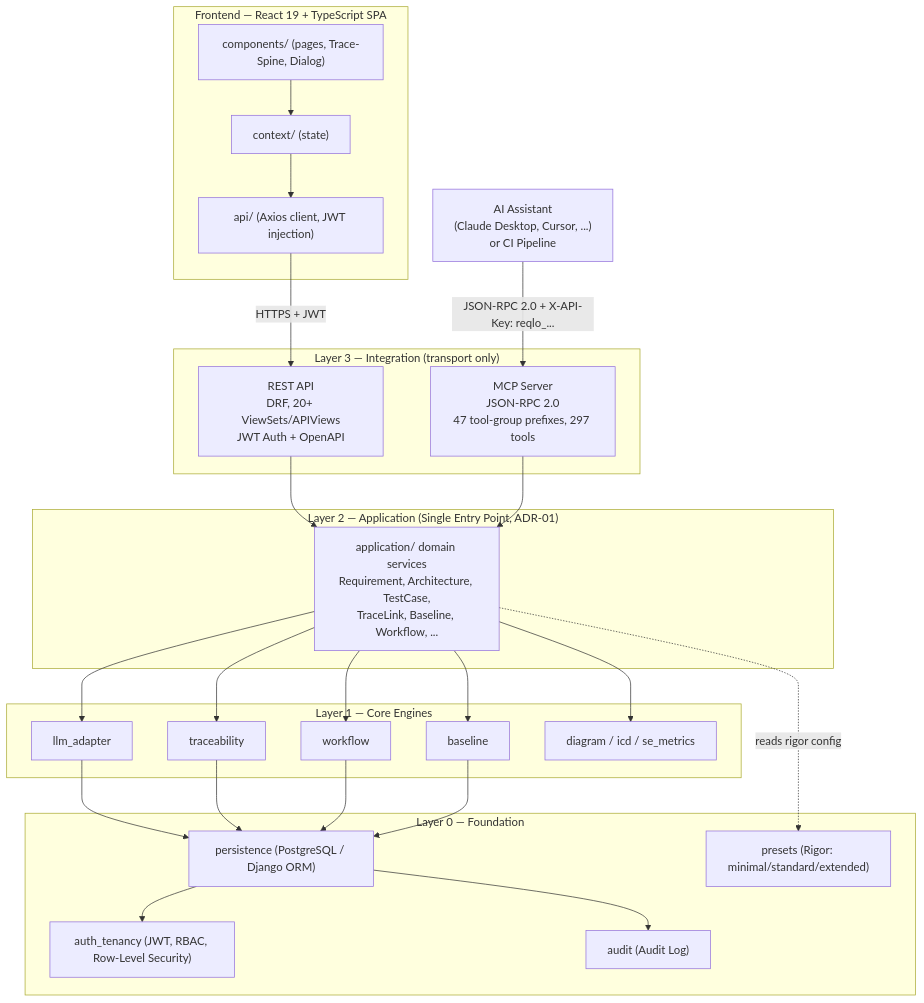
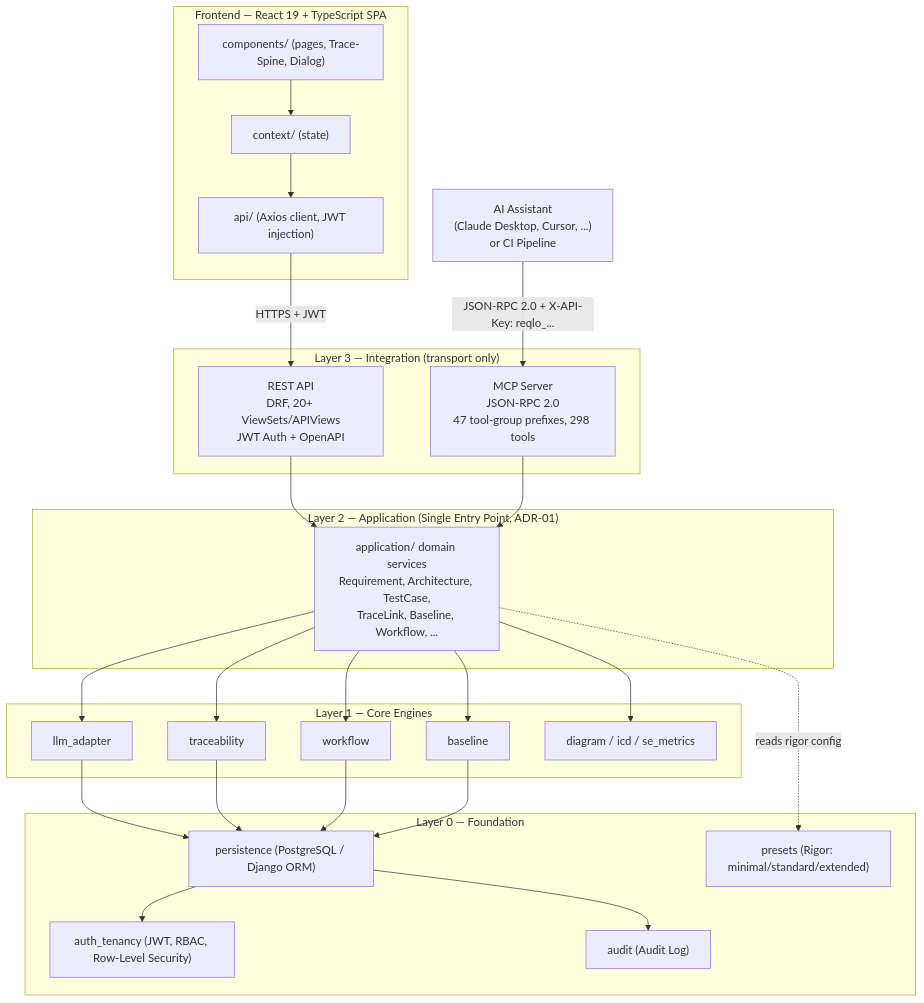
One commit to Popoboxxo/ReqogniLoom changed the first of 3 diagrams in README.md. Above: the diagram before and after it, drawn with Mermaid. The commit also changed other lines of this file and 22 other files, not shown here.

````diff
--- a/README.md
+++ b/README.md
@@ -104,53 +104,53 @@
 ```mermaid
 graph TD
     subgraph FE["Frontend — React 19 + TypeScript SPA"]
         UI["components/ (pages, Trace-Spine, Dialog)"]
         CTX["context/ (state)"]
         APICLIENT["api/ (Axios client, JWT injection)"]
         UI --> CTX --> APICLIENT
     end
 
     EXT["AI Assistant<br/>(Claude Desktop, Cursor, ...)<br/>or CI Pipeline"]
 
     subgraph L3["Layer 3 — Integration (transport only)"]
         REST["REST API<br/>DRF, 20+ ViewSets/APIViews<br/>JWT Auth + OpenAPI"]
-        MCP["MCP Server<br/>JSON-RPC 2.0<br/>47 tool-group prefixes, 297 tools"]
+        MCP["MCP Server<br/>JSON-RPC 2.0<br/>47 tool-group prefixes, 298 tools"]
     end
 
     subgraph L2["Layer 2 — Application (Single Entry Point, ADR-01)"]
         APP["application/ domain services<br/>Requirement, Architecture, TestCase,<br/>TraceLink, Baseline, Workflow, ..."]
     end
 
     subgraph L1["Layer 1 — Core Engines"]
         LLM["llm_adapter"]
         TRACE["traceability"]
         WF["workflow"]
         BASE["baseline"]
         DIAG["diagram / icd / se_metrics"]
     end
 
     subgraph L0["Layer 0 — Foundation"]
         PERSIST["persistence (PostgreSQL / Django ORM)"]
         AUTH["auth_tenancy (JWT, RBAC, Row-Level Security)"]
         PRESET["presets (Rigor: minimal/standard/extended)"]
         AUDIT["audit (Audit Log)"]
     end
 
     APICLIENT -->|"HTTPS + JWT"| REST
     EXT -->|"JSON-RPC 2.0 + X-API-Key: reqlo_..."| MCP
 
     REST --> APP
     MCP --> APP
     APP --> LLM
     APP --> TRACE
     APP --> WF
     APP --> BASE
     APP --> DIAG
     APP -.->|"reads rigor config"| PRESET
     LLM --> PERSIST
     TRACE --> PERSIST
     WF --> PERSIST
     BASE --> PERSIST
     PERSIST --> AUTH
     PERSIST --> AUDIT
 ```
````
